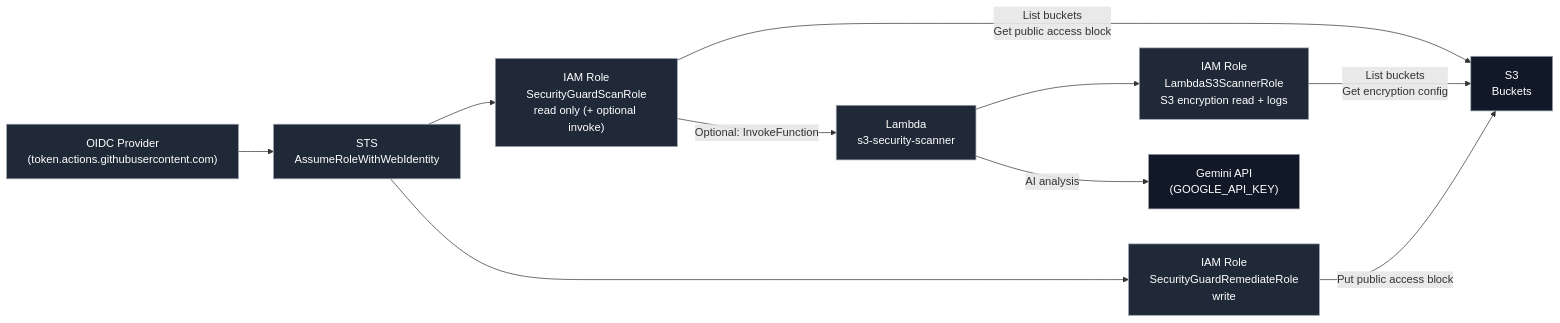
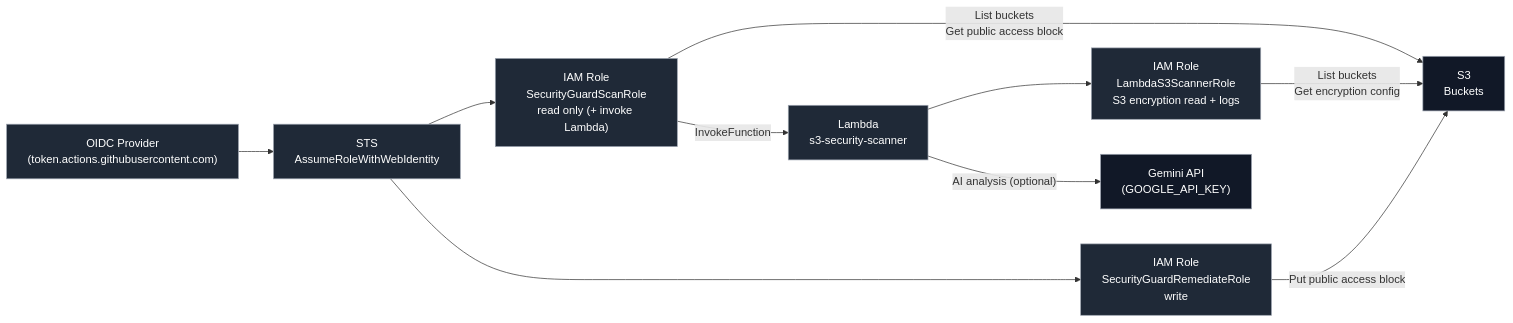
One commit to tanmayj-hub/aws-s3-security-guard changed the second of 2 diagrams in README.md. Above: the diagram before and after it, drawn with Mermaid. The commit also changed other lines of this file and 2 other files, not shown here.

````diff
--- a/README.md
+++ b/README.md
@@ -61,29 +62,29 @@
 ```mermaid
 flowchart LR
   classDef box fill:#1f2937,stroke:#9ca3af,color:#ffffff,stroke-width:1px;
   classDef store fill:#111827,stroke:#9ca3af,color:#ffffff,stroke-width:1px;
 
   OIDC["OIDC Provider\n(token.actions.githubusercontent.com)"]:::box
   STS["STS\nAssumeRoleWithWebIdentity"]:::box
 
-  RSCAN["IAM Role\nSecurityGuardScanRole\nread only (+ optional invoke)"]:::box
+  RSCAN["IAM Role\nSecurityGuardScanRole\nread only (+ invoke Lambda)"]:::box
   RREM["IAM Role\nSecurityGuardRemediateRole\nwrite"]:::box
 
   LAMBDA["Lambda\ns3-security-scanner"]:::box
   LROLE["IAM Role\nLambdaS3ScannerRole\nS3 encryption read + logs"]:::box
 
   S3["S3\nBuckets"]:::store
   AI["Gemini API\n(GOOGLE_API_KEY)"]:::store
 
   OIDC --> STS
   STS --> RSCAN
   STS --> RREM
 
   RSCAN -->|"List buckets\nGet public access block"| S3
   RREM -->|"Put public access block"| S3
 
-  RSCAN -->|"Optional: InvokeFunction"| LAMBDA
+  RSCAN -->|"InvokeFunction"| LAMBDA
   LAMBDA --> LROLE
   LROLE -->|"List buckets\nGet encryption config"| S3
-  LAMBDA -->|"AI analysis"| AI
+  LAMBDA -->|"AI analysis (optional)"| AI
 ```
````
